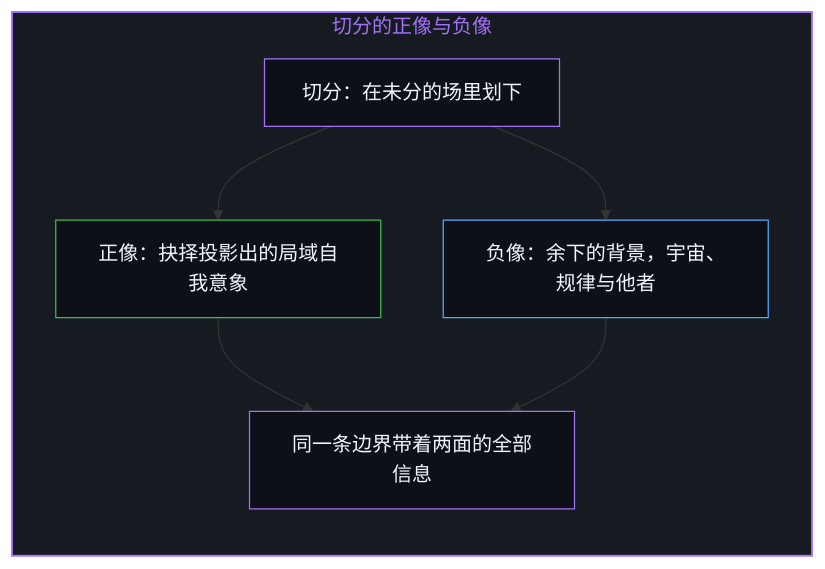
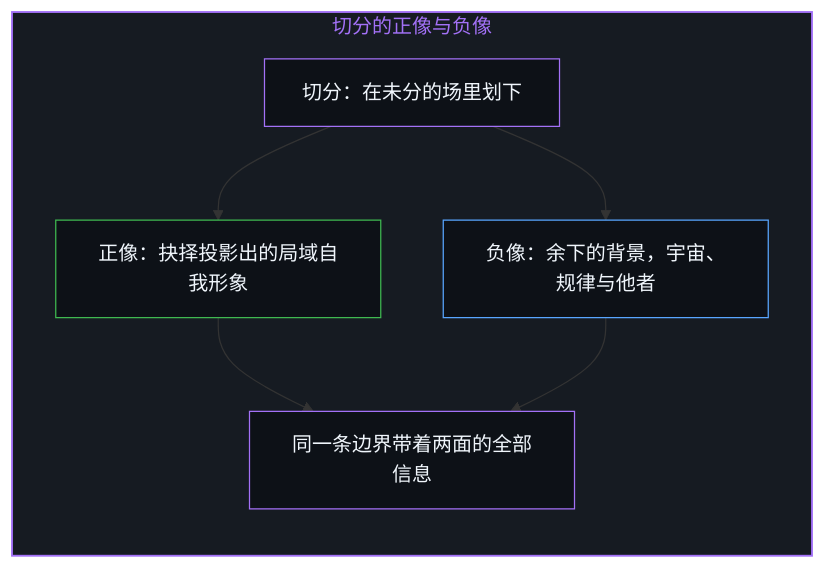
Before and after one commit to powerpig99/not-a-toe: the fifth of 18 diagrams in content/posts/the-geometry-of-coexistence-and-the-dual-cut.md, drawn with Mermaid. The commit also changed other lines of this file and 3 other files, not shown here.

````diff
--- a/content/posts/the-geometry-of-coexistence-and-the-dual-cut.md
+++ b/content/posts/the-geometry-of-coexistence-and-the-dual-cut.md
@@ -115,20 +115,20 @@
 ```mermaid
 flowchart TD
     subgraph S_Image["切分的正像与负像"]
         direction TB
         Cut["切分：在未分的场里划下"]
-        Pos["正像：抉择投影出的局域自我意象"]
+        Pos["正像：抉择投影出的局域自我形象"]
         Neg["负像：余下的背景，宇宙、规律与他者"]
         Edge["同一条边界带着两面的全部信息"]
         Cut --> Pos
         Cut --> Neg
         Pos --> Edge
         Neg --> Edge
     end
 
     style S_Image fill:#161b22,stroke:#a371f7,stroke-width:1.5px,color:#a371f7
     style Cut fill:#0d1117,stroke:#a371f7,stroke-width:1px,color:#f0f6fc
     style Pos fill:#0d1117,stroke:#3fb950,stroke-width:1px,color:#f0f6fc
     style Neg fill:#0d1117,stroke:#58a6ff,stroke-width:1px,color:#f0f6fc
     style Edge fill:#0d1117,stroke:#a371f7,stroke-width:1px,color:#f0f6fc
 ```
````
